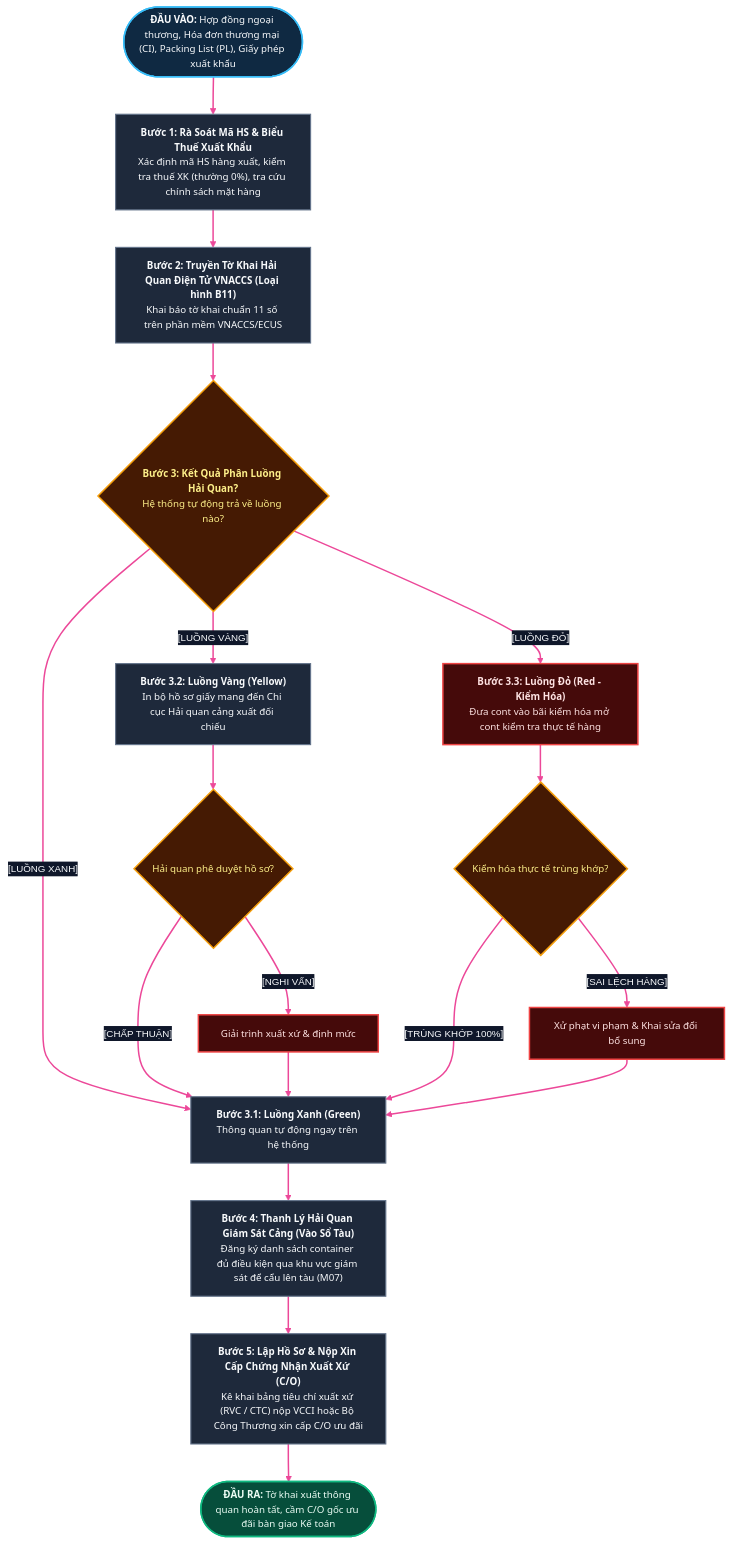
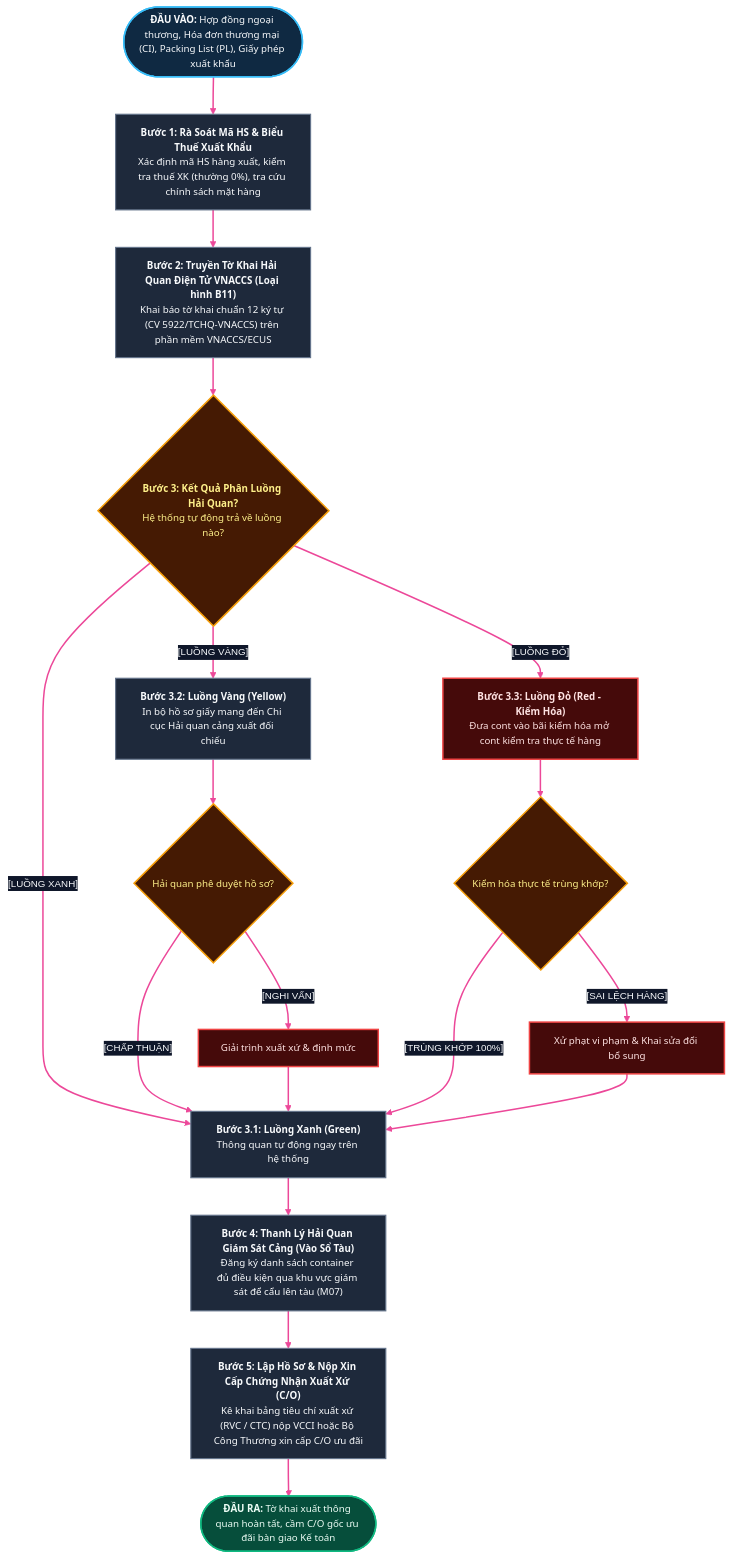
Before and after one commit to capkimkhanh2k5/Logistics_ERPNext_RAG: diagram 13 of 14 in LUONG_NGHIEP_VU_CAC_VAI_TRO_XUAT_NHAP_KHAU.md, drawn with Mermaid. The commit also changed other lines of this file and 3 other files, not shown here.

Commit message:
feat(critique-fix): implement full 13 expert critique points on architecture and workflows

````diff
--- a/LUONG_NGHIEP_VU_CAC_VAI_TRO_XUAT_NHAP_KHAU.md
+++ b/LUONG_NGHIEP_VU_CAC_VAI_TRO_XUAT_NHAP_KHAU.md
@@ -687,47 +726,47 @@
 ```mermaid
 %%{init: {
   'theme': 'base',
   'themeVariables': {
     'fontFamily': 'Segoe UI, Arial, sans-serif',
     'fontSize': '13px',
     'primaryColor': '#1E293B',
     'primaryTextColor': '#F8FAFC',
     'primaryBorderColor': '#EC4899',
     'lineColor': '#EC4899',
     'edgeLabelBackground': '#0F172A'
   }
 }}%%
 flowchart TD
     classDef default fill:#1E293B,stroke:#64748B,stroke-width:1.5px,color:#F8FAFC,font-family:Segoe UI,Arial,sans-serif;
     classDef decision fill:#451A03,stroke:#F59E0B,stroke-width:2px,color:#FEF08A,font-family:Segoe UI,Arial,sans-serif;
     classDef input fill:#0F2942,stroke:#38BDF8,stroke-width:2px,color:#F8FAFC,font-family:Segoe UI,Arial,sans-serif;
     classDef error fill:#450A0A,stroke:#EF4444,stroke-width:2px,color:#FEE2E2,font-family:Segoe UI,Arial,sans-serif;
     classDef success fill:#064E3B,stroke:#10B981,stroke-width:2px,color:#ECFDF5,font-family:Segoe UI,Arial,sans-serif;
 
     H_IN(["<b>ĐẦU VÀO:</b> Hợp đồng ngoại thương, Hóa đơn thương mại (CI), Packing List (PL), Giấy phép xuất khẩu"]):::input --> H1
     H1["<b>Bước 1: Rà Soát Mã HS & Biểu Thuế Xuất Khẩu</b><br>Xác định mã HS hàng xuất, kiểm tra thuế XK (thường 0%), tra cứu chính sách mặt hàng"] --> H2
     
-    H2["<b>Bước 2: Truyền Tờ Khai Hải Quan Điện Tử VNACCS (Loại hình B11)</b><br>Khai báo tờ khai chuẩn 11 số trên phần mềm VNACCS/ECUS"] --> H3
+    H2["<b>Bước 2: Truyền Tờ Khai Hải Quan Điện Tử VNACCS (Loại hình B11)</b><br>Khai báo tờ khai chuẩn 12 ký tự (CV 5922/TCHQ-VNACCS) trên phần mềm VNACCS/ECUS"] --> H3
     
     H3{"<b>Bước 3: Kết Quả Phân Luồng Hải Quan?</b><br>Hệ thống tự động trả về luồng nào?"}:::decision
     
     H3 -- "[LUỒNG XANH]" --> H_GREEN["<b>Bước 3.1: Luồng Xanh (Green)</b><br>Thông quan tự động ngay trên hệ thống"]
     H3 -- "[LUỒNG VÀNG]" --> H_YELLOW["<b>Bước 3.2: Luồng Vàng (Yellow)</b><br>In bộ hồ sơ giấy mang đến Chi cục Hải quan cảng xuất đối chiếu"]
     H3 -- "[LUỒNG ĐỎ]" --> H_RED["<b>Bước 3.3: Luồng Đỏ (Red - Kiểm Hóa)</b><br>Đưa cont vào bãi kiểm hóa mở cont kiểm tra thực tế hàng"]:::error
     
     H_YELLOW --> H_CLEAR{"Hải quan phê duyệt hồ sơ?"}:::decision
     H_CLEAR -- "[CHẤP THUẬN]" --> H_GREEN
     H_CLEAR -- "[NGHI VẤN]" --> H_EXP["Giải trình xuất xứ & định mức"]:::error --> H_GREEN
 
     H_RED --> H_INSP{"Kiểm hóa thực tế trùng khớp?"}:::decision
     H_INSP -- "[TRÙNG KHỚP 100%]" --> H_GREEN
     H_INSP -- "[SAI LỆCH HÀNG]" --> H_FINE["Xử phạt vi phạm & Khai sửa đổi bổ sung"]:::error --> H_GREEN
 
     H_GREEN --> H4["<b>Bước 4: Thanh Lý Hải Quan Giám Sát Cảng (Vào Sổ Tàu)</b><br>Đăng ký danh sách container đủ điều kiện qua khu vực giám sát để cẩu lên tàu (M07)"] --> H5
     
     H5["<b>Bước 5: Lập Hồ Sơ & Nộp Xin Cấp Chứng Nhận Xuất Xứ (C/O)</b><br>Kê khai bảng tiêu chí xuất xứ (RVC / CTC) nộp VCCI hoặc Bộ Công Thương xin cấp C/O ưu đãi"] --> H_OUT
 
     H_OUT(["<b>ĐẦU RA:</b> Tờ khai xuất thông quan hoàn tất, cầm C/O gốc ưu đãi bàn giao Kế toán"]):::success
 
     linkStyle default stroke:#EC4899,stroke-width:2px;
 ```
````
